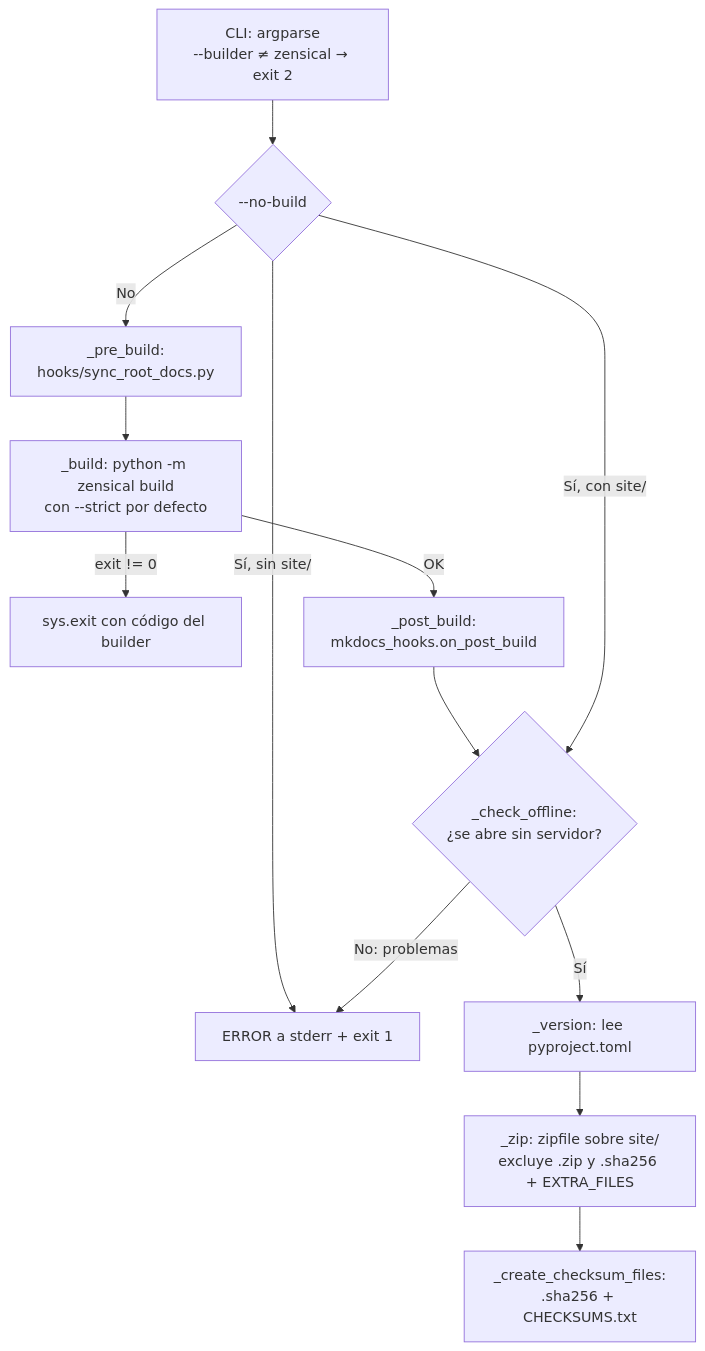
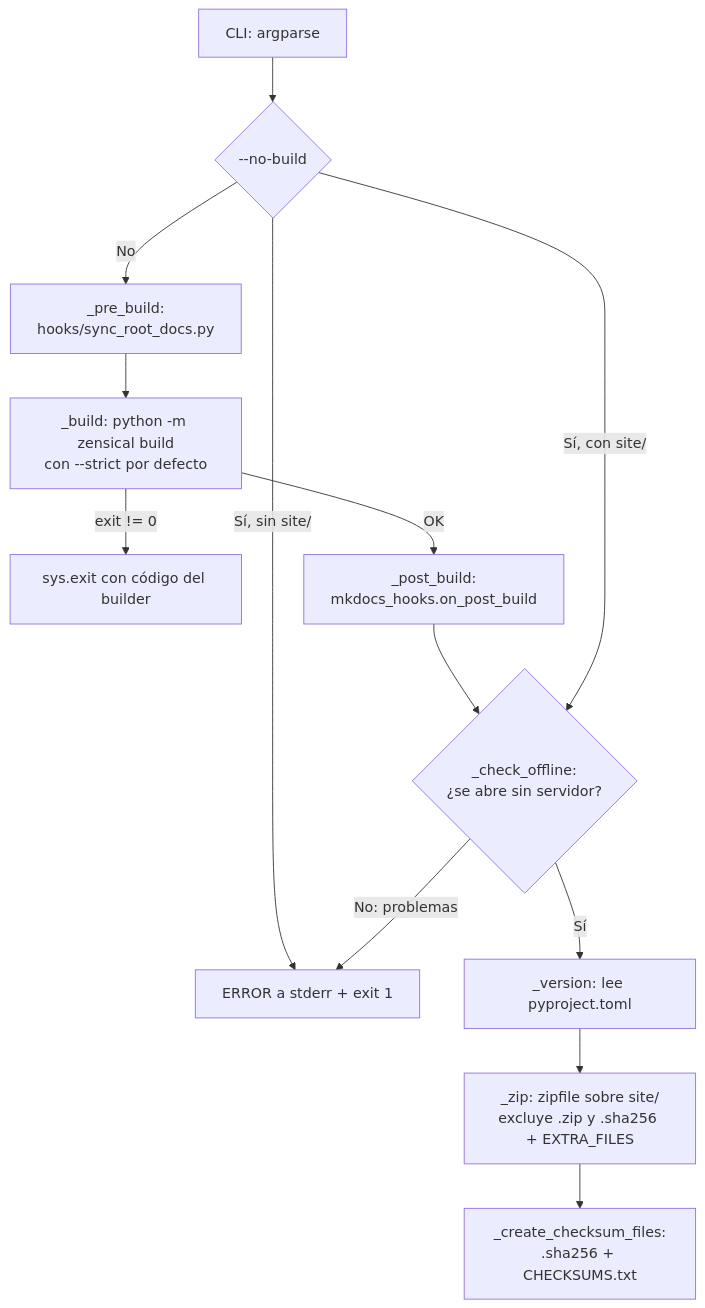
One commit to fmanza/doc_ia changed the first of 2 diagrams in docs/api/build_docs_zip.md. Above: the diagram before and after it, drawn with Mermaid. The commit also changed other lines of this file and 15 other files, not shown here.

First line of the commit message:
feat(build)!: retirar la opción obsoleta --builder (Q3)

````diff
--- a/docs/api/build_docs_zip.md
+++ b/docs/api/build_docs_zip.md
@@ -25,17 +25,17 @@
 ```mermaid
 flowchart TD
     accTitle: Flujo de build_docs_zip.py
-    accDescr: Rechaza un --builder distinto de zensical. Sin --no-build ejecuta el pre-build, construye con Zensical en modo estricto y, si termina con 0, el post-build. Con --no-build reutiliza site/ o falla si no existe. Después comprueba que site/ se abre sin servidor, lee la versión, crea el ZIP y los ficheros de checksum.
-    A["CLI: argparse<br/>--builder ≠ zensical → exit 2"] --> B{--no-build}
+    accDescr: Sin --no-build ejecuta el pre-build, construye con Zensical en modo estricto y, si termina con 0, el post-build. Con --no-build reutiliza site/ o falla si no existe. Después comprueba que site/ se abre sin servidor, lee la versión, crea el ZIP y los ficheros de checksum.
+    A[CLI: argparse] --> B{--no-build}
     B -- No --> PRE[_pre_build:<br/>hooks/sync_root_docs.py]
     PRE --> C[_build: python -m zensical build<br/>con --strict por defecto]
     C -- "exit != 0" --> X[sys.exit con código del builder]
     C -- OK --> POST[_post_build:<br/>mkdocs_hooks.on_post_build]
     POST --> K{"_check_offline:<br/>¿se abre sin servidor?"}
     B -- "Sí, sin site/" --> Y[ERROR a stderr + exit 1]
     B -- "Sí, con site/" --> K
     K -- "No: problemas" --> Y
     K -- Sí --> D[_version: lee pyproject.toml]
     D --> E["_zip: zipfile sobre site/<br/>excluye .zip y .sha256 + EXTRA_FILES"]
     E --> F[_create_checksum_files:<br/>.sha256 + CHECKSUMS.txt]
 ```
````
